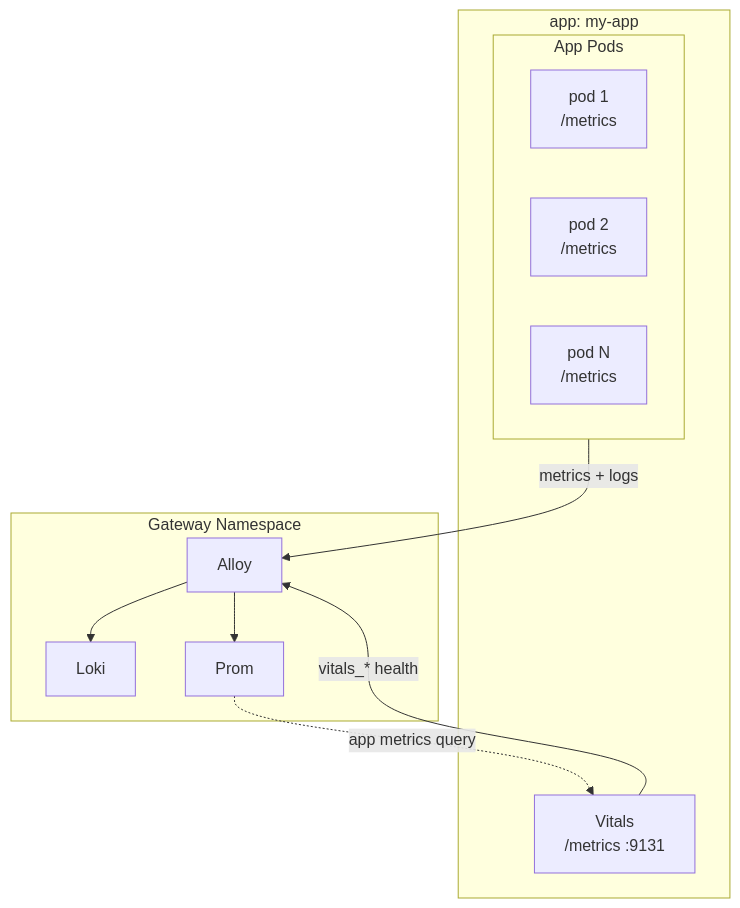
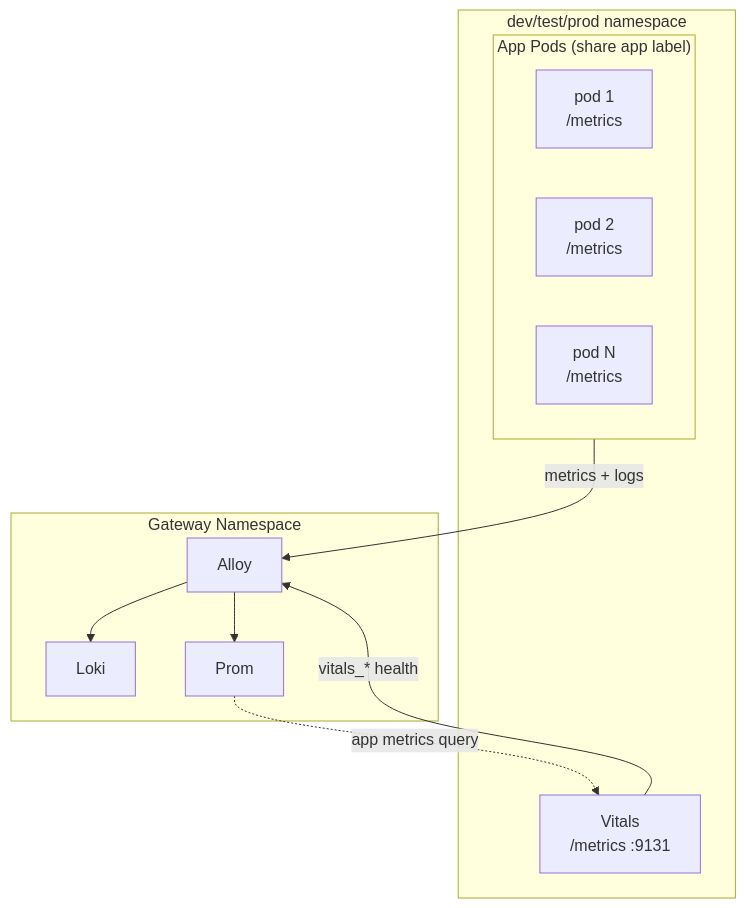
One commit to Kord96/kordinate changed the diagram in docs/reference/patterns/observability-contract.md. Above: the diagram before and after it, drawn with Mermaid.

Commit message:
docs: fix observability contract diagram labels [scribe]

````diff
--- a/docs/reference/patterns/observability-contract.md
+++ b/docs/reference/patterns/observability-contract.md
@@ -7,19 +7,19 @@
 ```mermaid
 flowchart TB
-    subgraph ns["app: my-app"]
-        subgraph pods[App Pods]
+    subgraph ns[dev/test/prod namespace]
+        subgraph pods["App Pods (share app label)"]
             P1[pod 1<br/>/metrics]
             P2[pod 2<br/>/metrics]
             PN[pod N<br/>/metrics]
         end
         VIT[Vitals<br/>/metrics :9131]
     end
 
     subgraph gw[Gateway Namespace]
         AL[Alloy] --> LK[Loki] & PR[Prom]
     end
 
     pods -->|metrics + logs| AL
     VIT -->|vitals_* health| AL
     PR -.->|app metrics query| VIT
 ```
````
